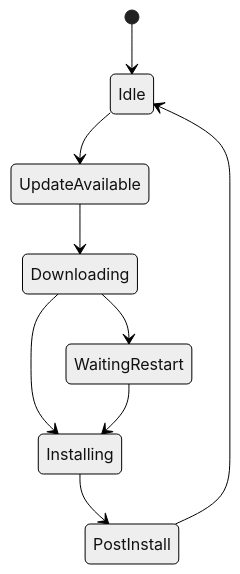
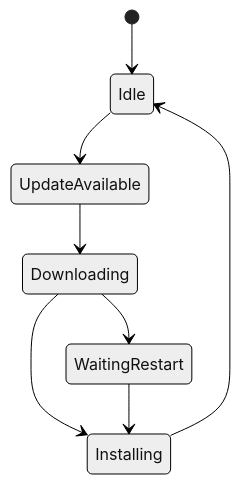
One commit to keymanapp/keyman changed the diagram in windows/src/desktop/kmshell/main/BackgroundUpdateStateDiagram.md. Above: the diagram before and after it, drawn with Mermaid (neutral theme).

Commit message:
chore(windows): remove postinstall state from diagram
The postinstall state no longer exists due to the way interaction
with the microsoft installer works. This PR just updateds the diagram to
match.

````diff
--- a/windows/src/desktop/kmshell/main/BackgroundUpdateStateDiagram.md
+++ b/windows/src/desktop/kmshell/main/BackgroundUpdateStateDiagram.md
@@ -1,11 +1,10 @@
 ``` mermaid
 stateDiagram
     [*] --> Idle
     Idle --> UpdateAvailable
     UpdateAvailable --> Downloading
     Downloading --> Installing
     Downloading --> WaitingRestart
     WaitingRestart --> Installing
-    Installing --> PostInstall
-    PostInstall --> Idle
+    Installing --> Idle
 ```
````
